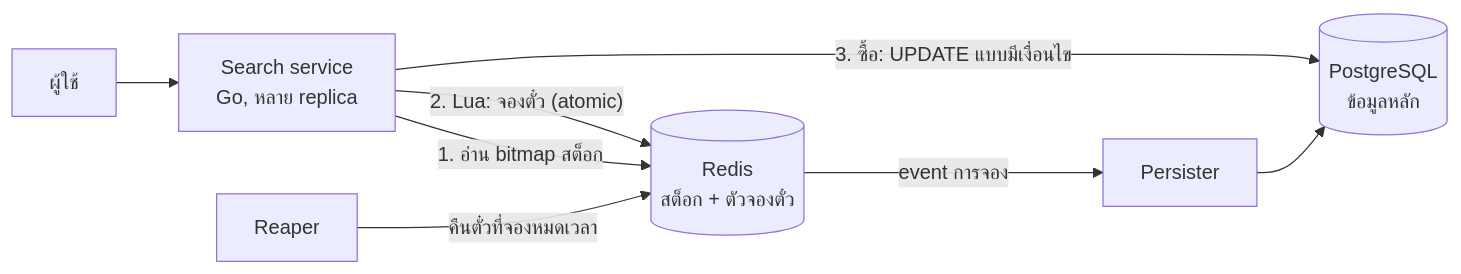
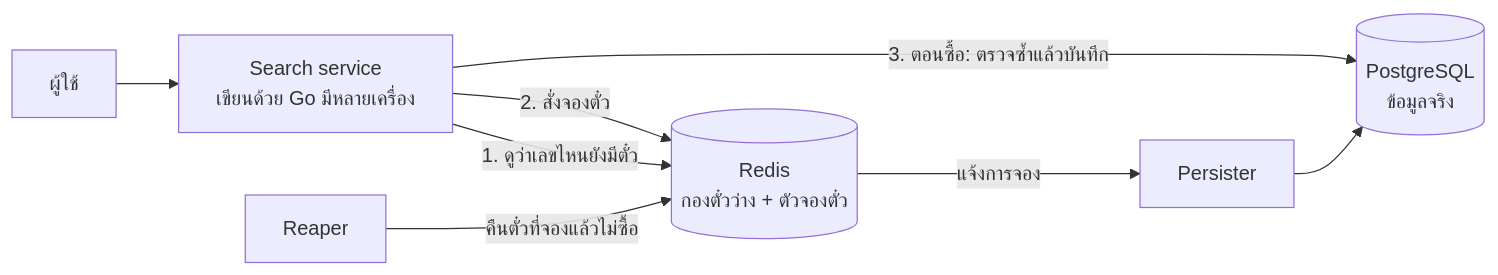
Before and after one commit to get-phanuwat-api1/backend-challenge: the diagram in lottery-search-design.md, drawn with Mermaid. The commit also changed other lines of this file, not shown here.

````diff
--- a/lottery-search-design.md
+++ b/lottery-search-design.md
@@ -33,10 +33,10 @@
 ```mermaid
 flowchart LR
-    U[ผู้ใช้] --> S[Search service<br/>Go, หลาย replica]
-    S -- "1. อ่าน bitmap สต็อก" --> R[(Redis<br/>สต็อก + ตัวจองตั๋ว)]
-    S -- "2. Lua: จองตั๋ว (atomic)" --> R
-    R -- "event การจอง" --> W[Persister]
-    W --> PG[(PostgreSQL<br/>ข้อมูลหลัก)]
-    S -- "3. ซื้อ: UPDATE แบบมีเงื่อนไข" --> PG
-    RP[Reaper] -- "คืนตั๋วที่จองหมดเวลา" --> R
+    U[ผู้ใช้] --> S[Search service<br/>เขียนด้วย Go มีหลายเครื่อง]
+    S -- "1. ดูว่าเลขไหนยังมีตั๋ว" --> R[(Redis<br/>กองตั๋วว่าง + ตัวจองตั๋ว)]
+    S -- "2. สั่งจองตั๋ว" --> R
+    R -- "แจ้งการจอง" --> W[Persister]
+    W --> PG[(PostgreSQL<br/>ข้อมูลจริง)]
+    S -- "3. ตอนซื้อ: ตรวจซ้ำแล้วบันทึก" --> PG
+    RP[Reaper] -- "คืนตั๋วที่จองแล้วไม่ซื้อ" --> R
 ```
````
